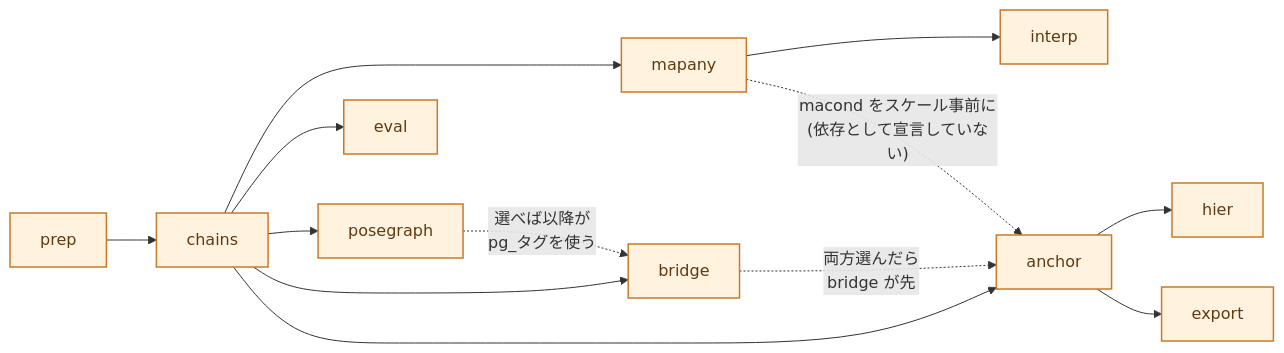
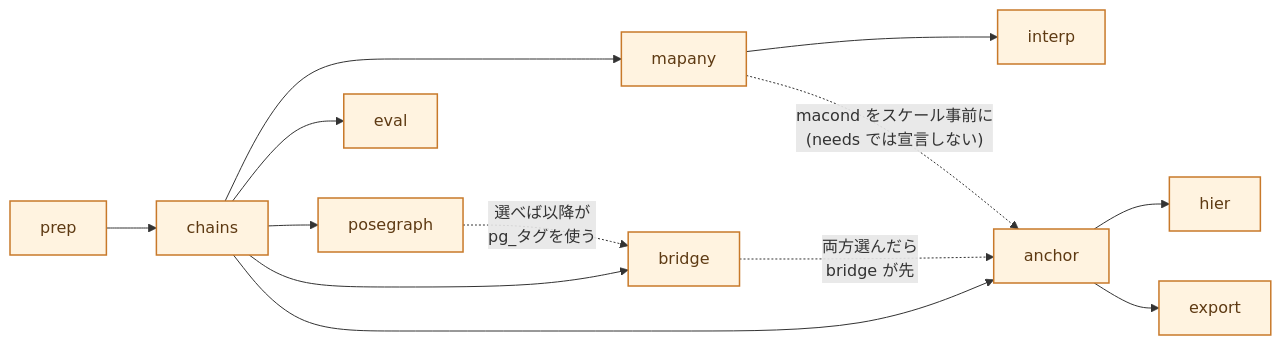
Before and after one commit to SoftRoid-Inc/reconstruction3d_experimental: the second of 2 diagrams in recon3d/PIPELINE.md, drawn with Mermaid. The commit also changed other lines of this file and 2 other files, not shown here.

````diff
--- a/recon3d/PIPELINE.md
+++ b/recon3d/PIPELINE.md
@@ -172,16 +197,16 @@
 ```mermaid
 flowchart LR
     prep["prep"]:::proc --> chains["chains"]:::proc
     chains --> pg["posegraph"]:::proc
     chains --> eval["eval"]:::proc
     chains --> mapany["mapany"]:::proc --> interp["interp"]:::proc
     chains --> bridge["bridge"]:::proc
     chains --> anchor["anchor"]:::proc
     pg -.->|選べば以降が<br/>pg_タグを使う| bridge
     bridge -.->|両方選んだら<br/>bridge が先| anchor
-    mapany -. "macond をスケール事前に<br/>(依存として宣言していない)" .-> anchor
+    mapany -. "macond をスケール事前に<br/>(needs では宣言しない)" .-> anchor
     anchor --> hier["hier"]:::proc
     anchor --> export["export"]:::proc
 
     classDef proc fill:#fff3e0,stroke:#c8792a,stroke-width:1.5px,color:#5e3a13
 ```
````
